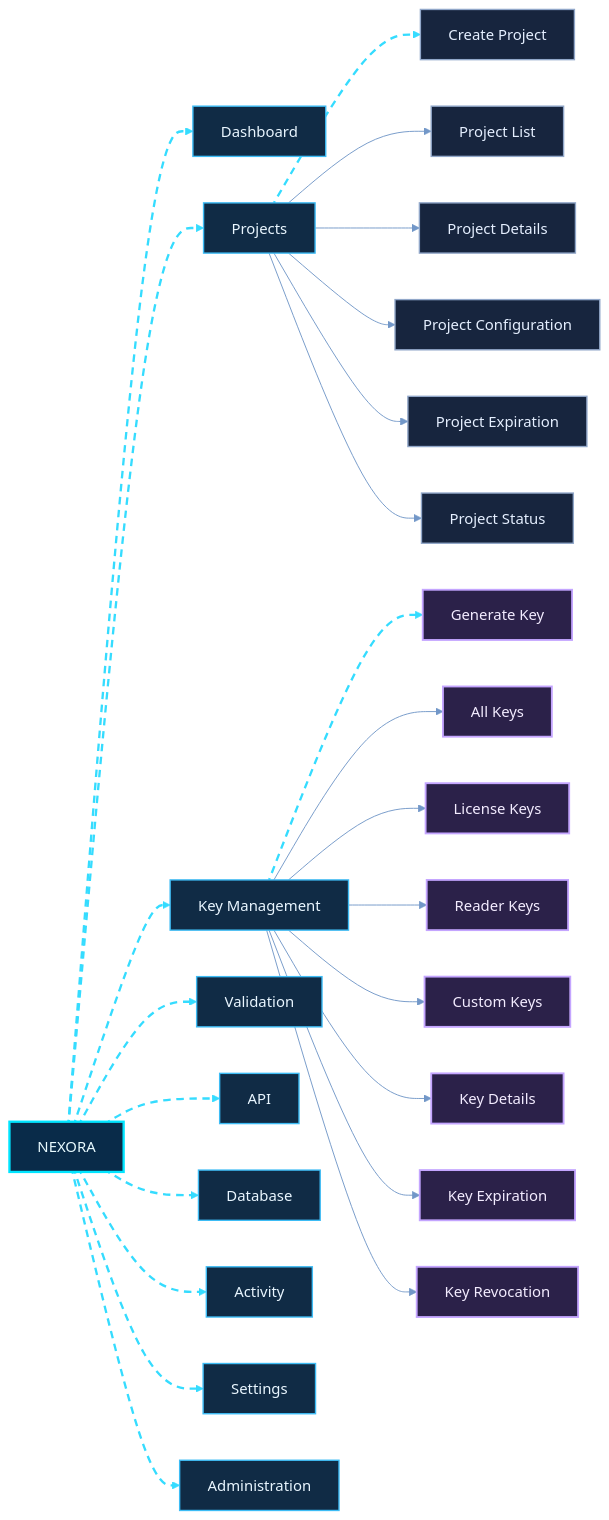
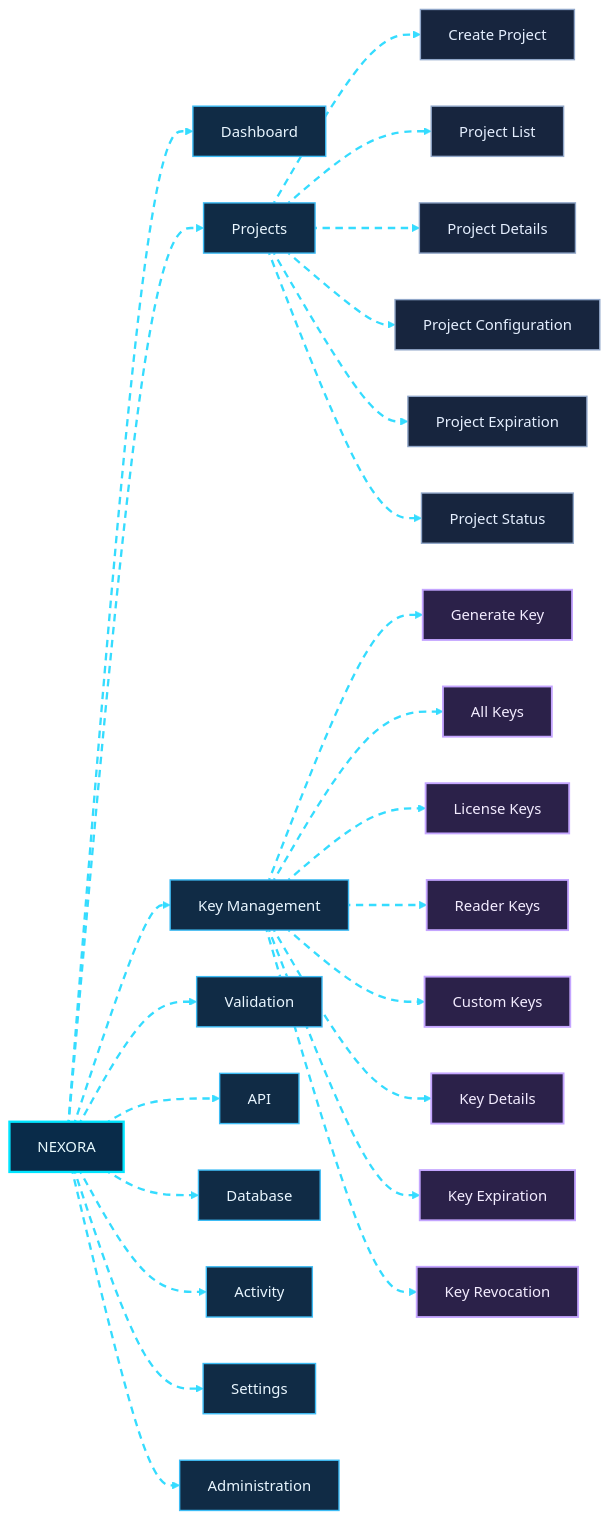
The fifth of 23 diagrams in README.md (shajeduzzamanenan992008inc/NexOra-Database-key-Gen), drawn with Mermaid before and after one commit. The commit also changed other lines of this file and 484 other files, not shown here.

````diff
--- a/README.md
+++ b/README.md
@@ -629,48 +656,54 @@
 ```mermaid
+
 %%{init: {"theme":"base","themeVariables":{"darkMode":true,"background":"#07111f","primaryColor":"#102744","primaryTextColor":"#e8f7ff","primaryBorderColor":"#00d9ff","lineColor":"#7297c8","secondaryColor":"#261d45","secondaryTextColor":"#f3eaff","secondaryBorderColor":"#a78bfa","tertiaryColor":"#12332b","tertiaryTextColor":"#e0fff1","tertiaryBorderColor":"#41e6a2","fontFamily":"Inter, Segoe UI, sans-serif","edgeLabelBackground":"#101d34","mainBkg":"#102744","nodeBorder":"#00d9ff","clusterBkg":"#0b1930","clusterBorder":"#6f7dff","actorBkg":"#102744","actorBorder":"#00d9ff","actorTextColor":"#e8f7ff","signalColor":"#64d8ff","signalTextColor":"#e8f7ff","noteBkgColor":"#0e332b","noteBorderColor":"#41e6a2","noteTextColor":"#e0fff1"}}}%%
 flowchart LR
     NX["NEXORA"] nx05e01@--> N1["Dashboard"]
     NX nx05e02@--> N2["Projects"]
     NX nx05e03@--> N3["Key Management"]
     NX nx05e04@--> N4["Validation"]
     NX nx05e05@--> N5["API"]
     NX nx05e06@--> N6["Database"]
     NX nx05e07@--> N7["Activity"]
     NX nx05e08@--> N8["Settings"]
     NX nx05e09@--> N9["Administration"]
 
     N2 nx05e10@--> P1["Create Project"]
-    N2 --> P2["Project List"]
-    N2 --> P3["Project Details"]
-    N2 --> P4["Project Configuration"]
-    N2 --> P5["Project Expiration"]
-    N2 --> P6["Project Status"]
+    N2 nx05e12@--> P2["Project List"]
+    N2 nx05e13@--> P3["Project Details"]
+    N2 nx05e14@--> P4["Project Configuration"]
+    N2 nx05e15@--> P5["Project Expiration"]
+    N2 nx05e16@--> P6["Project Status"]
 
     N3 nx05e11@--> K1["Generate Key"]
-    N3 --> K2["All Keys"]
-    N3 --> K3["License Keys"]
-    N3 --> K4["Reader Keys"]
-    N3 --> K5["Custom Keys"]
-    N3 --> K6["Key Details"]
-    N3 --> K7["Key Expiration"]
-    N3 --> K8["Key Revocation"]
+    N3 nx05e17@--> K2["All Keys"]
+    N3 nx05e18@--> K3["License Keys"]
+    N3 nx05e19@--> K4["Reader Keys"]
+    N3 nx05e20@--> K5["Custom Keys"]
+    N3 nx05e21@--> K6["Key Details"]
+    N3 nx05e22@--> K7["Key Expiration"]
+    N3 nx05e23@--> K8["Key Revocation"]
 
-    %% OMEGA NEX-ORA visual classes
     %% OMEGA NEX-ORA / ULTRA NEON PALETTE
     classDef nxCore fill:#092b49,stroke:#00e5ff,stroke-width:2.5px,color:#e9fbff;
     classDef nxProcess fill:#102b45,stroke:#3dbcf5,stroke-width:1.5px,color:#e9f6ff;
     classDef nxDecision fill:#2b2050,stroke:#b38cff,stroke-width:2px,color:#f3edff;
     classDef nxSuccess fill:#0d3b2c,stroke:#3fffa0,stroke-width:2px,color:#e0fff0;
     classDef nxDanger fill:#451d30,stroke:#ff6688,stroke-width:2px,color:#fff0f3;
     classDef nxData fill:#12352d,stroke:#63e6be,stroke-width:2px,color:#e1fff5;
     classDef nxExternal fill:#2b2149,stroke:#c4a5ff,stroke-width:2px,color:#f3ecff;
     classDef nxInfo fill:#17253e,stroke:#91a7c9,stroke-width:1.5px,color:#e5efff;
     classDef nxWarning fill:#453116,stroke:#fbbf24,stroke-width:2px,color:#fff6d6;
-    %% Moving dashed route: Mermaid applies this class to explicitly identified edges.
-    classDef nxAnimated stroke:#35dcff,stroke-width:2.5px,stroke-dasharray:8\,6,stroke-dashoffset:1000,animation:dash 24s linear infinite;
+
+    %% Continuous moving neon dashed lines
+    classDef nxAnimated stroke:#35dcff,stroke-width:2.5px,stroke-dasharray:8\,6,stroke-dashoffset:1000,animation:dash 18s linear infinite;
+
+    %% Node colors
     class NX nxCore;
     class N1,N2,N3,N4,N5,N6,N7,N8,N9 nxProcess;
     class P1,P2,P3,P4,P5,P6 nxInfo;
     class K1,K2,K3,K4,K5,K6,K7,K8 nxExternal;
-    class nx05e01,nx05e02,nx05e03,nx05e04,nx05e05,nx05e06,nx05e07,nx05e08,nx05e09,nx05e10,nx05e11 nxAnimated;
+
+    %% Animate ALL 23 connections
+    class nx05e01,nx05e02,nx05e03,nx05e04,nx05e05,nx05e06,nx05e07,nx05e08,nx05e09,nx05e10,nx05e11,nx05e12,nx05e13,nx05e14,nx05e15,nx05e16,nx05e17,nx05e18,nx05e19,nx05e20,nx05e21,nx05e22,nx05e23 nxAnimated;
+
 ```
````
